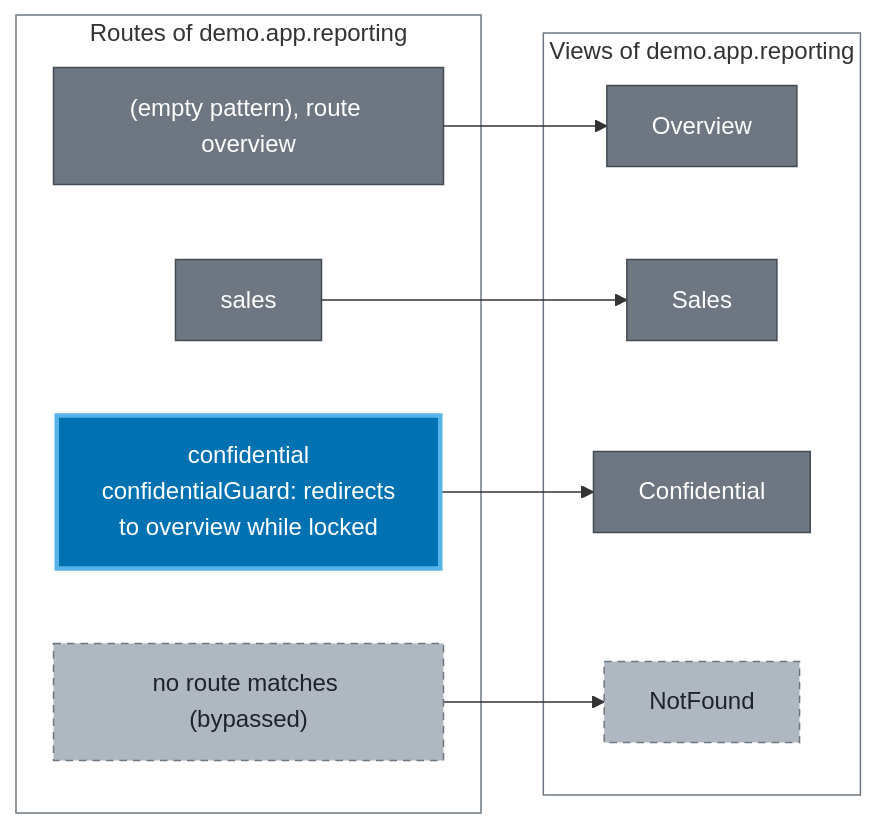
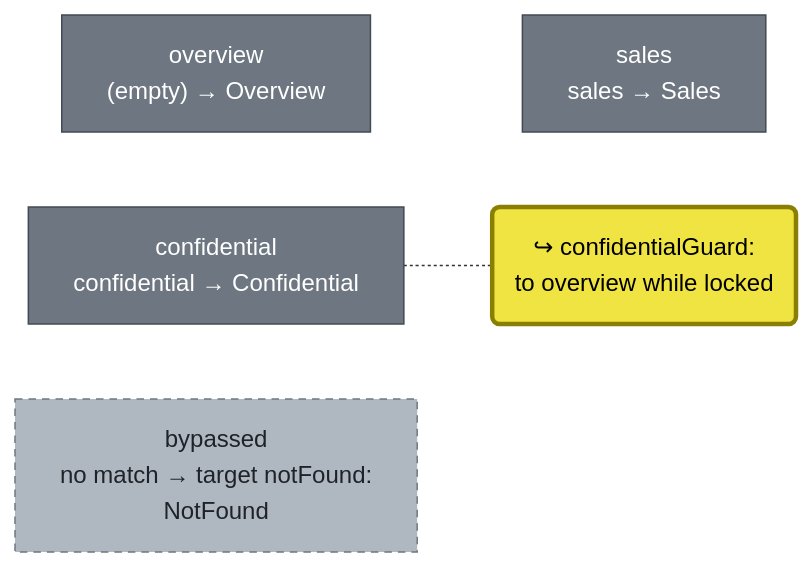
One commit to wridgeu/ui5-lib-guard-router changed the second of 2 diagrams in packages/demo-app/README.md. Above: the diagram before and after it, drawn with Mermaid. The commit also changed other lines of this file and 2 other files, not shown here.

First line of the commit message:
docs: fit the overview and the demo route map into the column

````diff
--- a/packages/demo-app/README.md
+++ b/packages/demo-app/README.md
@@ -57,30 +53,22 @@
 ```mermaid
+---
+config:
+  flowchart:
+    minNodeWidth: 60
+    wrappingWidth: 300
+  elk:
+    forceNodeModelOrder: true
+    considerModelOrder: NODES_AND_EDGES
+---
 flowchart LR
-    subgraph routes ["Routes of demo.app.reporting"]
-        rOverview["(empty pattern), route overview"]
-        rSales["sales"]
-        rConfidential["confidential<br/>confidentialGuard: redirects<br/>to overview while locked"]
-        rNone["no route matches (bypassed)"]
-    end
-
-    subgraph views ["Views of demo.app.reporting"]
-        overview["Overview"]
-        sales["Sales"]
-        confidential["Confidential"]
-        notFound["NotFound"]
-    end
-
-    rOverview --> overview
-    rSales --> sales
-    rConfidential --> confidential
-    rNone --> notFound
+    rOverview["overview<br/>(empty) → Overview"] ~~~ rSales["sales<br/>sales → Sales"]
+    rConfidential["confidential<br/>confidential → Confidential"] -.- gConfidential("↪ confidentialGuard:<br/>to overview while locked")
+    rNone["bypassed<br/>no match → target notFound:<br/>NotFound"]
 
     classDef native fill:#6e7781,stroke:#424a53,color:#ffffff
-    classDef added fill:#0072B2,stroke:#56B4E9,stroke-width:3px,color:#ffffff
     classDef optional fill:#afb8c1,stroke:#6e7781,stroke-dasharray:5 4,color:#1f2328
-    class rOverview,rSales,overview,sales,confidential native
-    class rConfidential added
-    class rNone,notFound optional
-    style routes fill:none,stroke:#6e7781
-    style views fill:none,stroke:#6e7781
+    classDef redirect fill:#F0E442,stroke:#8a7f00,stroke-width:3px,color:#000000
+    class rOverview,rSales,rConfidential native
+    class rNone optional
+    class gConfidential redirect
 ```
````
